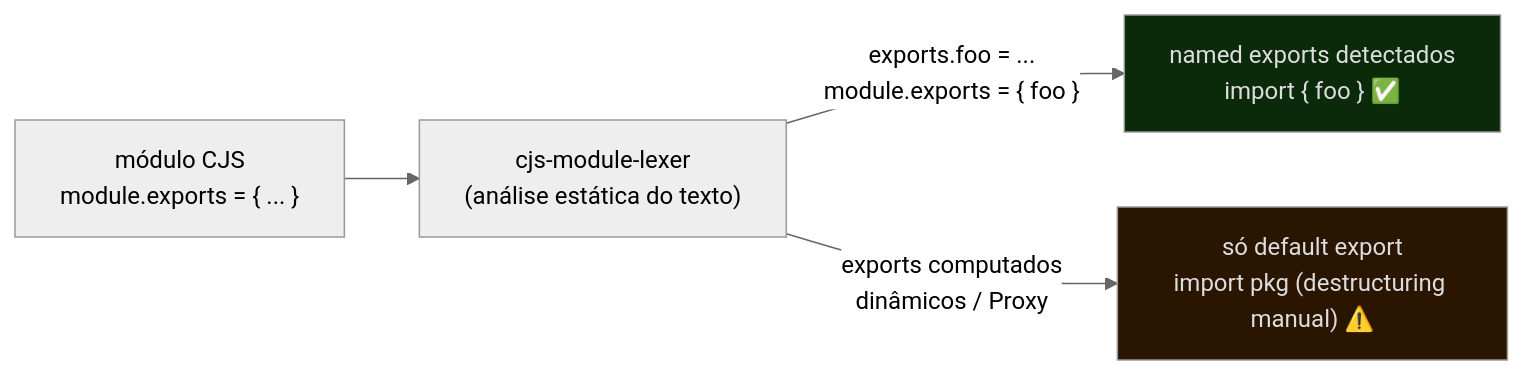
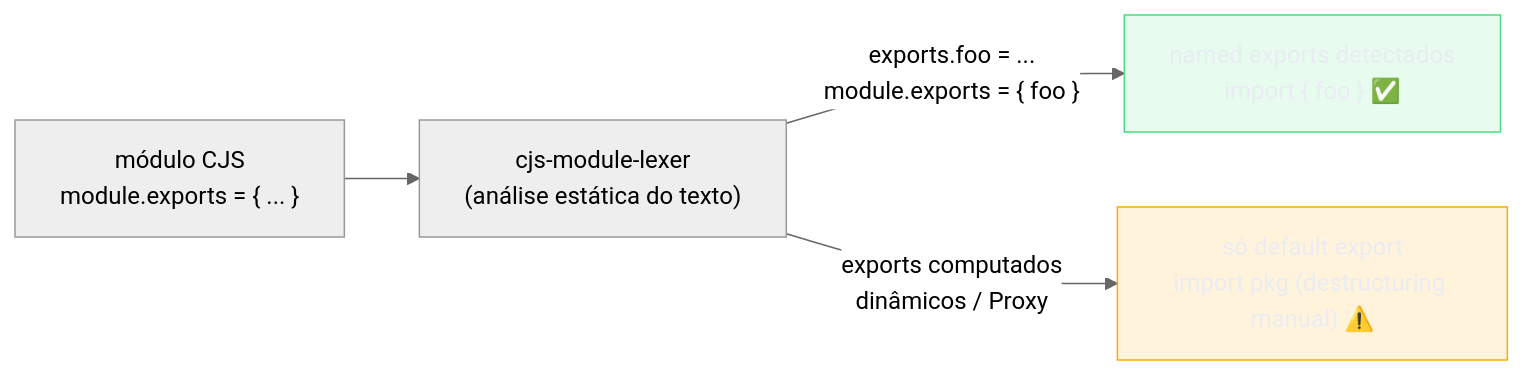
The fourth of 7 diagrams in 03-Dominios/Tecnologia/Tooling e Build/06 - ESM e CJS e o sistema de módulos.md (josenaldo/codex-technomanticus), drawn with Mermaid (neutral theme) before and after one commit. The commit also changed other lines of this file and 1181 other files, not shown here.

First line of the commit message:
fix(diagramas): paleta do sistema no lugar de cor cravada no markdown

````diff
--- a/03-Dominios/Tecnologia/Tooling e Build/06 - ESM e CJS e o sistema de módulos.md
+++ b/03-Dominios/Tecnologia/Tooling e Build/06 - ESM e CJS e o sistema de módulos.md
@@ -207,14 +211,16 @@
 ```mermaid
 flowchart LR
+    classDef ok fill:#4ADE8021,stroke:#4ADE80,color:#E9ECF2
+    classDef destaque fill:#FFAA0024,stroke:#FFAA00,color:#E9ECF2
     CJS["módulo CJS\nmodule.exports = { ... }"]
     LEXER["cjs-module-lexer\n(análise estática do texto)"]
     NAMED["named exports detectados\nimport { foo } ✅"]
     DEFAULT_ONLY["só default export\nimport pkg (destructuring manual) ⚠️"]
 
     CJS --> LEXER
     LEXER -->|"exports.foo = ...\nmodule.exports = { foo }"| NAMED
     LEXER -->|"exports computados\ndinâmicos / Proxy"| DEFAULT_ONLY
 
-    style NAMED fill:#0a2a0a,color:#ddd
-    style DEFAULT_ONLY fill:#2a1500,color:#ddd
+    class NAMED ok
+    class DEFAULT_ONLY destaque
 ```
````
